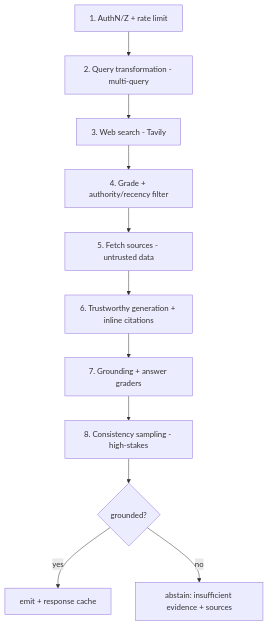
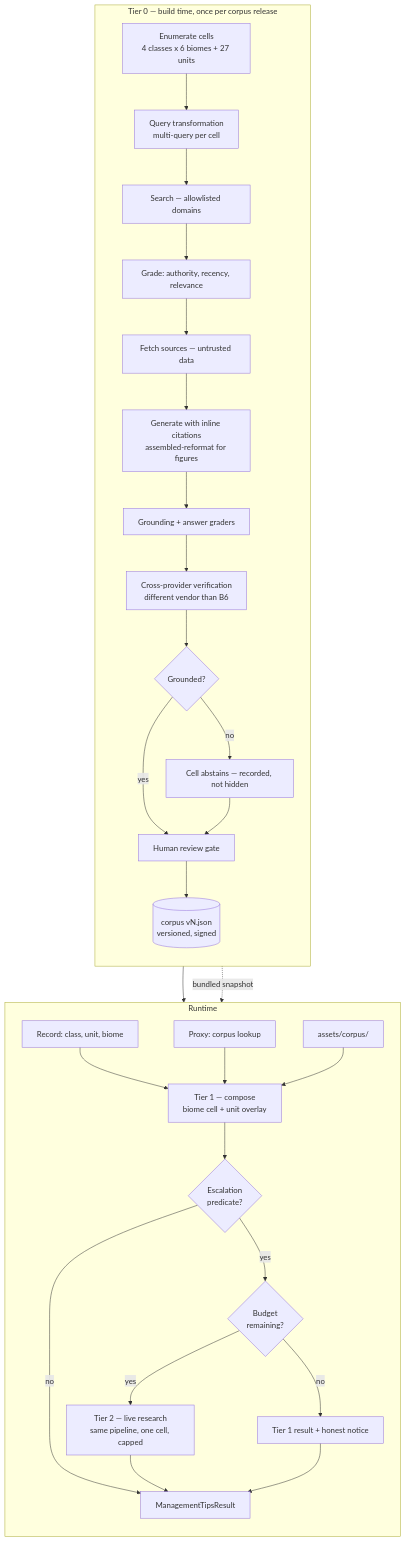
The second of 2 diagrams in docs/architecture/research-agent.md (LukeSantossz/visiosoil-app), drawn with Mermaid before and after one commit. The commit also changed other lines of this file and 4 other files, not shown here.

Commit message:
docs(research-agent): supersede adr 0001 with a build-time corpus and a capped escalation

````diff
--- a/docs/architecture/research-agent.md
+++ b/docs/architecture/research-agent.md
@@ -28,13 +185,35 @@
 ```mermaid
 flowchart TD
-    S1[1. AuthN/Z + rate limit] --> S2[2. Query transformation - multi-query]
-    S2 --> S3[3. Web search - Tavily]
-    S3 --> S4[4. Grade + authority/recency filter]
-    S4 --> S5[5. Fetch sources - untrusted data]
-    S5 --> S6[6. Trustworthy generation + inline citations]
-    S6 --> S7[7. Grounding + answer graders]
-    S7 --> S8[8. Consistency sampling - high-stakes]
-    S8 --> S9{grounded?}
-    S9 -- yes --> S10[emit + response cache]
-    S9 -- no --> AB[abstain: insufficient evidence + sources]
+    subgraph T0["Tier 0 — build time, once per corpus release"]
+        direction TB
+        B1[Enumerate cells<br/>4 classes x 6 biomes + 27 units] --> B2[Query transformation<br/>multi-query per cell]
+        B2 --> B3[Search — allowlisted domains]
+        B3 --> B4[Grade: authority, recency, relevance]
+        B4 --> B5[Fetch sources — untrusted data]
+        B5 --> B6[Generate with inline citations<br/>assembled-reformat for figures]
+        B6 --> B7[Grounding + answer graders]
+        B7 --> B8[Cross-provider verification<br/>different vendor than B6]
+        B8 --> B9{Grounded?}
+        B9 -->|no| B10[Cell abstains — recorded, not hidden]
+        B9 -->|yes| B11[Human review gate]
+        B10 --> B11
+        B11 --> ART[(corpus vN.json<br/>versioned, signed)]
+    end
+
+    ART --> CDN[Proxy: corpus lookup]
+    ART -.->|bundled snapshot| ASSET[assets/corpus/]
+
+    subgraph RT["Runtime"]
+        direction TB
+        REQ[Record: class, unit, biome] --> T1[Tier 1 — compose<br/>biome cell + unit overlay]
+        CDN --> T1
+        ASSET --> T1
+        T1 --> P{Escalation<br/>predicate?}
+        P -->|no| OUT[ManagementTipsResult]
+        P -->|yes| CAP{Budget<br/>remaining?}
+        CAP -->|no| DEG[Tier 1 result + honest notice]
+        CAP -->|yes| T2[Tier 2 — live research<br/>same pipeline, one cell, capped]
+        T2 --> OUT
+        DEG --> OUT
+    end
 ```
````
